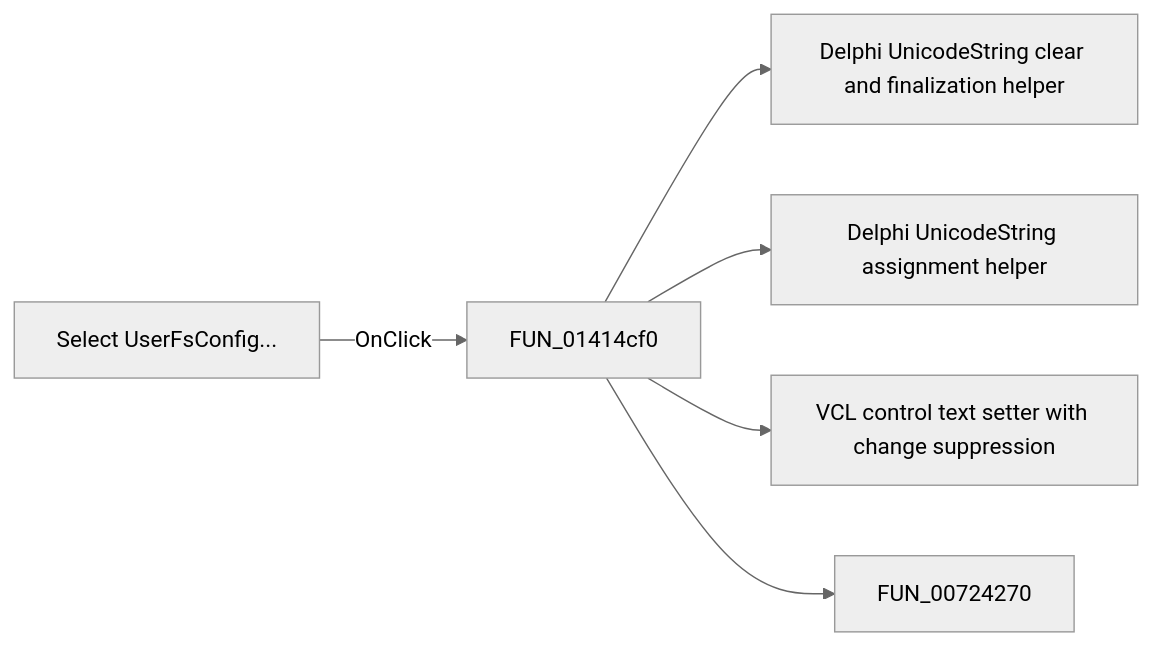
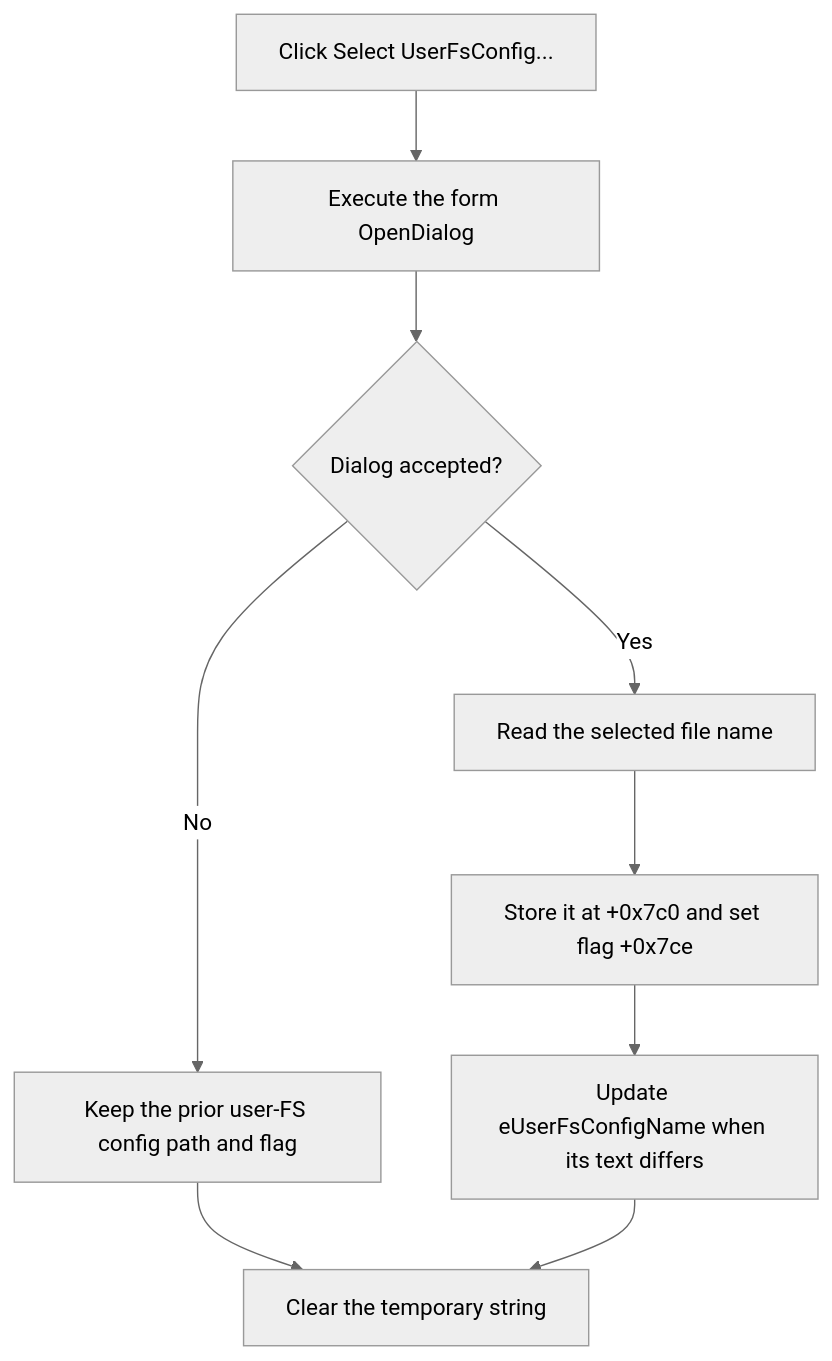
One commit to MovGP0/TIARA changed the diagram in docs/ui-controls/mcukernelimageproperties/bselectuserfsconfig-8e6285683f.md. Above: the diagram before and after it, drawn with Mermaid (neutral theme). The commit also changed other lines of this file and 1062 other files, not shown here.

````diff
--- a/docs/ui-controls/mcukernelimageproperties/bselectuserfsconfig-8e6285683f.md
+++ b/docs/ui-controls/mcukernelimageproperties/bselectuserfsconfig-8e6285683f.md
@@ -27,8 +29,11 @@
 ```mermaid
-flowchart LR
-    control["Select UserFsConfig..."] -->|OnClick| handler["FUN_01414cf0"]
-    handler --> call1["Delphi UnicodeString clear and finalization helper"]
-    handler --> call2["Delphi UnicodeString assignment helper"]
-    handler --> call3["VCL control text setter with change suppression"]
-    handler --> call4["FUN_00724270"]
+flowchart TD
+    click["Click Select UserFsConfig..."] --> execute["Execute the form OpenDialog"]
+    execute --> accepted{"Dialog accepted?"}
+    accepted -->|No| noChange["Keep the prior user-FS config path and flag"]
+    accepted -->|Yes| read["Read the selected file name"]
+    read --> store["Store it at +0x7c0 and set flag +0x7ce"]
+    store --> display["Update eUserFsConfigName when its text differs"]
+    noChange --> cleanup["Clear the temporary string"]
+    display --> cleanup
 ```
````
